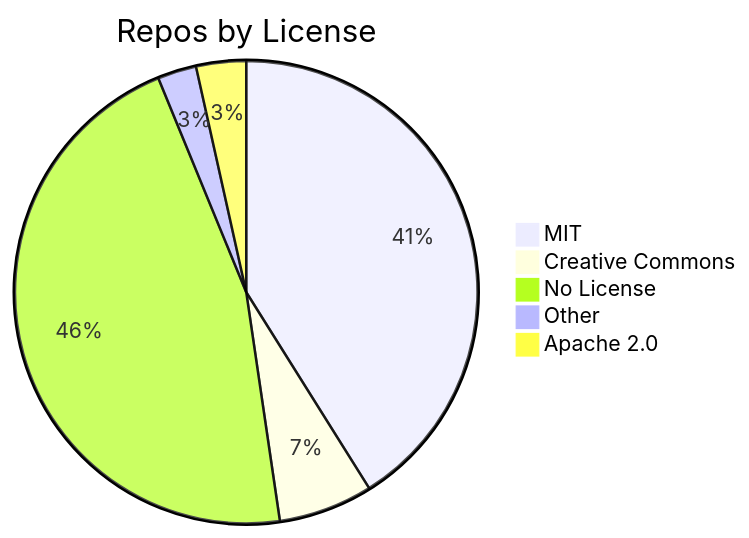
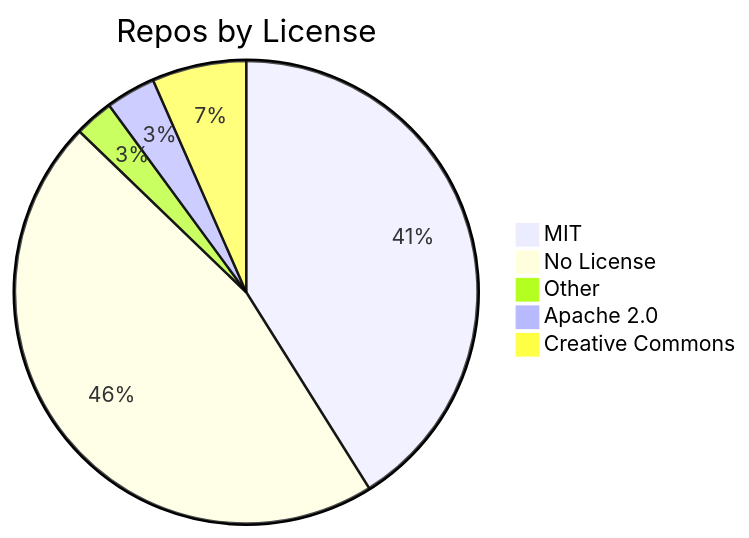
One commit to jpatterson933/awesome-mcp-server-repo-index changed the diagram in README.md. Above: the diagram before and after it, drawn with Mermaid. The commit also changed other lines of this file and 3 other files, not shown here.

````diff
--- a/README.md
+++ b/README.md
@@ -29,8 +29,8 @@
 ```mermaid
 pie title Repos by License
     "MIT" : 106
-    "Creative Commons" : 17
     "No License" : 119
     "Other" : 7
     "Apache 2.0" : 9
+    "Creative Commons" : 17
 ```
````
